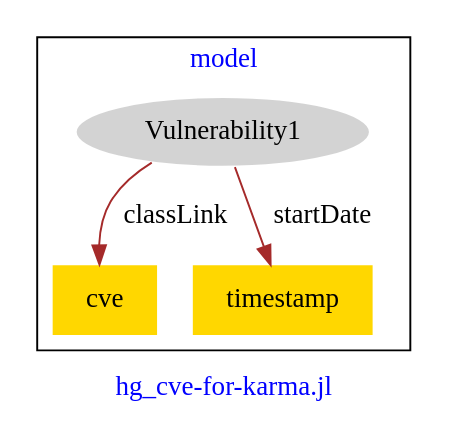
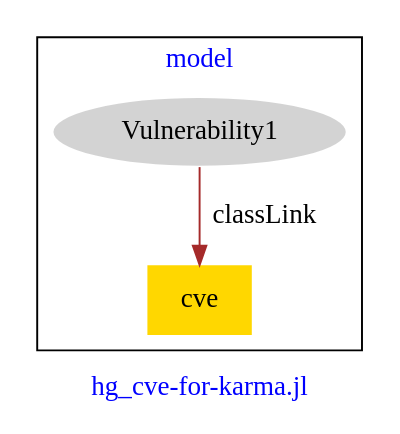
One commit to dkapoor/karma-models changed the diagram in hg_cve3-model.dot. Above: the diagram before and after it, drawn with Graphviz.

Commit message:
Update file hg_cve3-model.dot

```diff
--- a/hg_cve3-model.dot
+++ b/hg_cve3-model.dot
@@ -1,13 +1,11 @@
 digraph n0 {
 fontcolor="blue"
 remincross="true"
 label="hg_cve-for-karma.jl"
 subgraph cluster {
 label="model"
 n2[style="filled",color="white",fillcolor="lightgray",label="Vulnerability1"];
 n3[shape="plaintext",style="filled",fillcolor="gold",label="cve"];
-n4[shape="plaintext",style="filled",fillcolor="gold",label="timestamp"];
 }
 n2 -> n3[color="brown",fontcolor="black",label="classLink"]
-n2 -> n4[color="brown",fontcolor="black",label="startDate"]
 }
```
